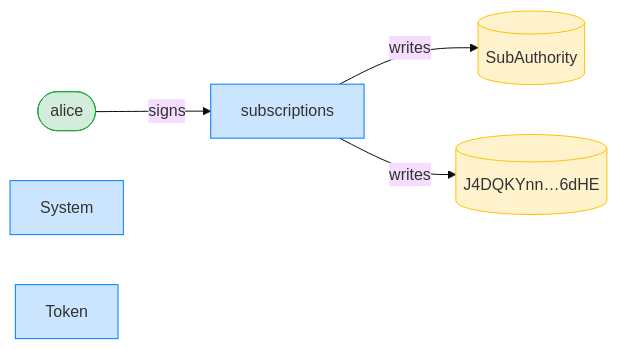
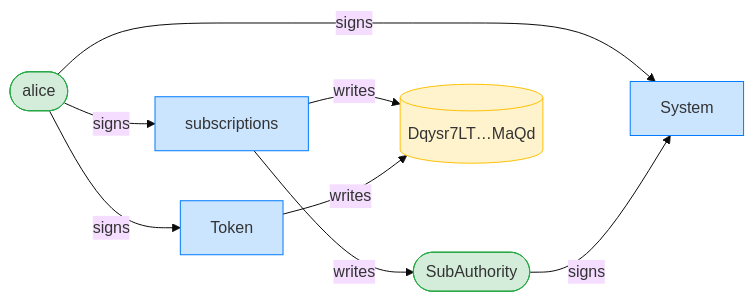
One commit to cds-rs/subscriptions changed the third of 16 diagrams in dsl_tests/transfer-subscription--the-period-rolls-over.md. Above: the diagram before and after it, drawn with Mermaid (base theme). The commit also changed other lines of this file and 224 other files, not shown here.

````diff
--- a/dsl_tests/transfer-subscription--the-period-rolls-over.md
+++ b/dsl_tests/transfer-subscription--the-period-rolls-over.md
@@ -55,15 +56,19 @@
 ```mermaid
 flowchart LR
     classDef signer fill:#d4edda,stroke:#28a745;
     classDef program fill:#cce5ff,stroke:#007bff;
     classDef writable fill:#fff3cd,stroke:#ffc107;
     subscriptions[subscriptions]:::program
     alice([alice]):::signer
-    SubAuthority[(SubAuthority)]:::writable
-    J4DQKYnn_6dHE[("J4DQKYnn…6dHE")]:::writable
+    SubAuthority([SubAuthority]):::signer
+    Dqysr7LT_MaQd[("Dqysr7LT…MaQd")]:::writable
     System[System]:::program
     Token[Token]:::program
     alice -->|signs| subscriptions
+    alice -->|signs| System
+    SubAuthority -->|signs| System
+    alice -->|signs| Token
     subscriptions -->|writes| SubAuthority
-    subscriptions -->|writes| J4DQKYnn_6dHE
+    subscriptions -->|writes| Dqysr7LT_MaQd
+    Token -->|writes| Dqysr7LT_MaQd
 ```
````
